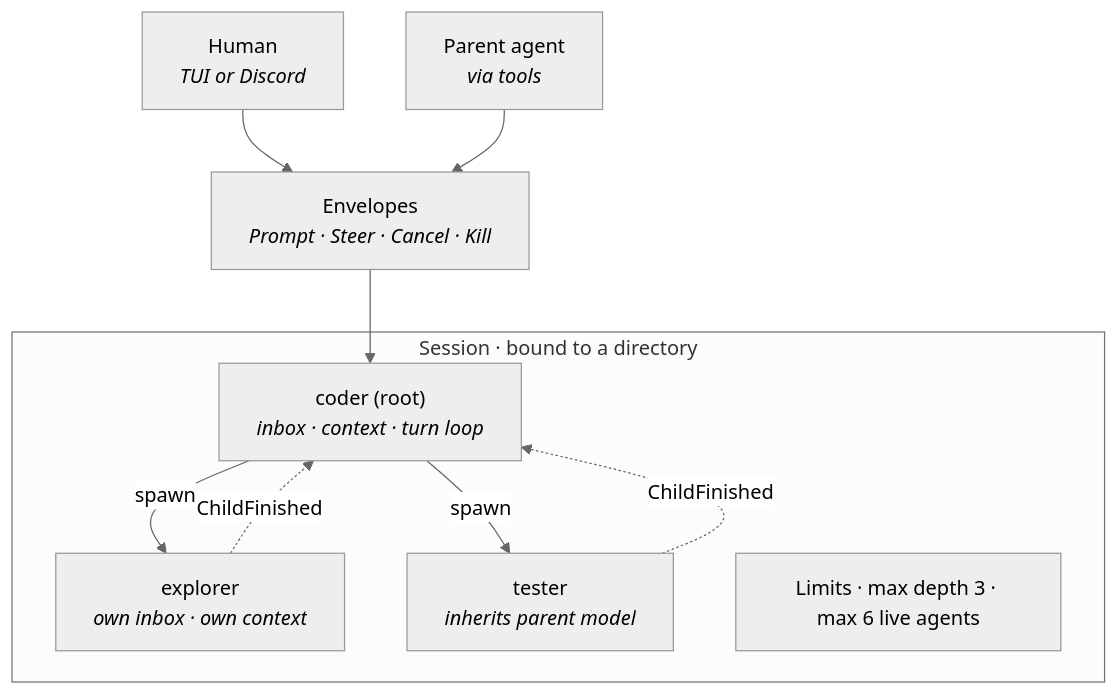
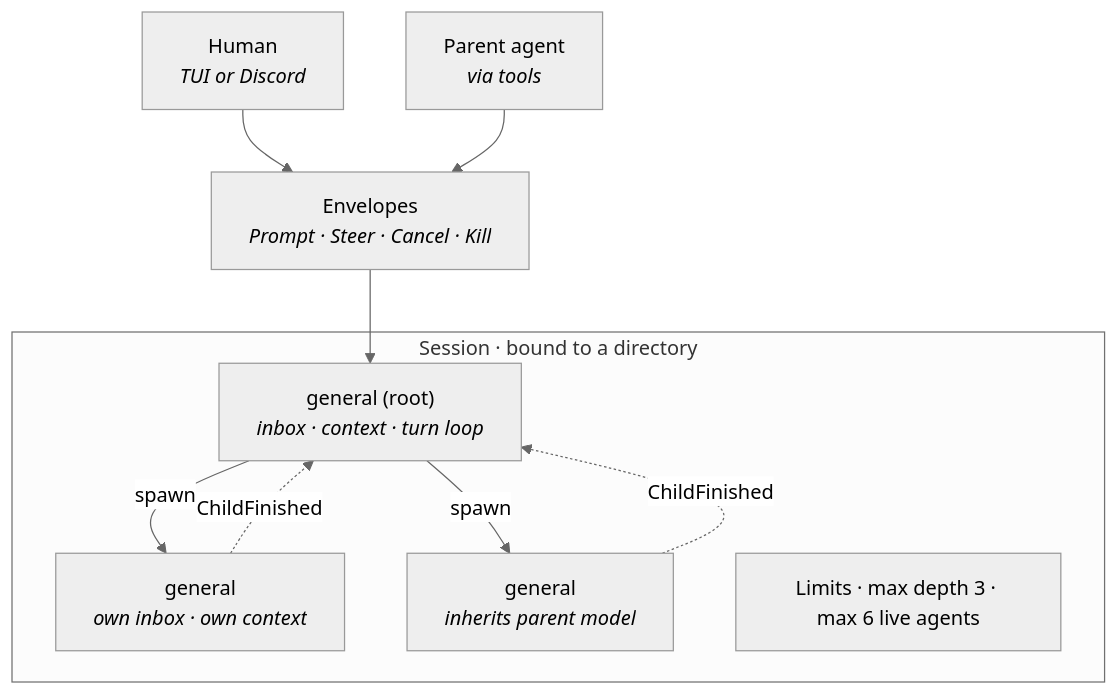
Before and after one commit to nicodes/stavlos: the second of 4 diagrams in docs/stavlos-prd.md, drawn with Mermaid (neutral theme). The commit also changed other lines of this file and 4 other files, not shown here.

````diff
--- a/docs/stavlos-prd.md
+++ b/docs/stavlos-prd.md
@@ -140,22 +140,22 @@
 ```mermaid
 flowchart TD
     HUMAN["Human<br/><i>TUI or Discord</i>"]
     PARENT["Parent agent<br/><i>via tools</i>"]
     ENV["Envelopes<br/><i>Prompt · Steer · Cancel · Kill</i>"]
 
     HUMAN --> ENV
     PARENT --> ENV
     ENV --> ROOT
 
     subgraph SESSION["Session · bound to a directory"]
-        ROOT["coder (root)<br/><i>inbox · context · turn loop</i>"]
-        EXPL["explorer<br/><i>own inbox · own context</i>"]
-        TEST["tester<br/><i>inherits parent model</i>"]
+        ROOT["general (root)<br/><i>inbox · context · turn loop</i>"]
+        EXPL["general<br/><i>own inbox · own context</i>"]
+        TEST["general<br/><i>inherits parent model</i>"]
         LIMITS["Limits · max depth 3 · max 6 live agents"]
 
         ROOT -- spawn --> EXPL
         ROOT -- spawn --> TEST
         EXPL -. ChildFinished .-> ROOT
         TEST -. ChildFinished .-> ROOT
     end
 ```
````
